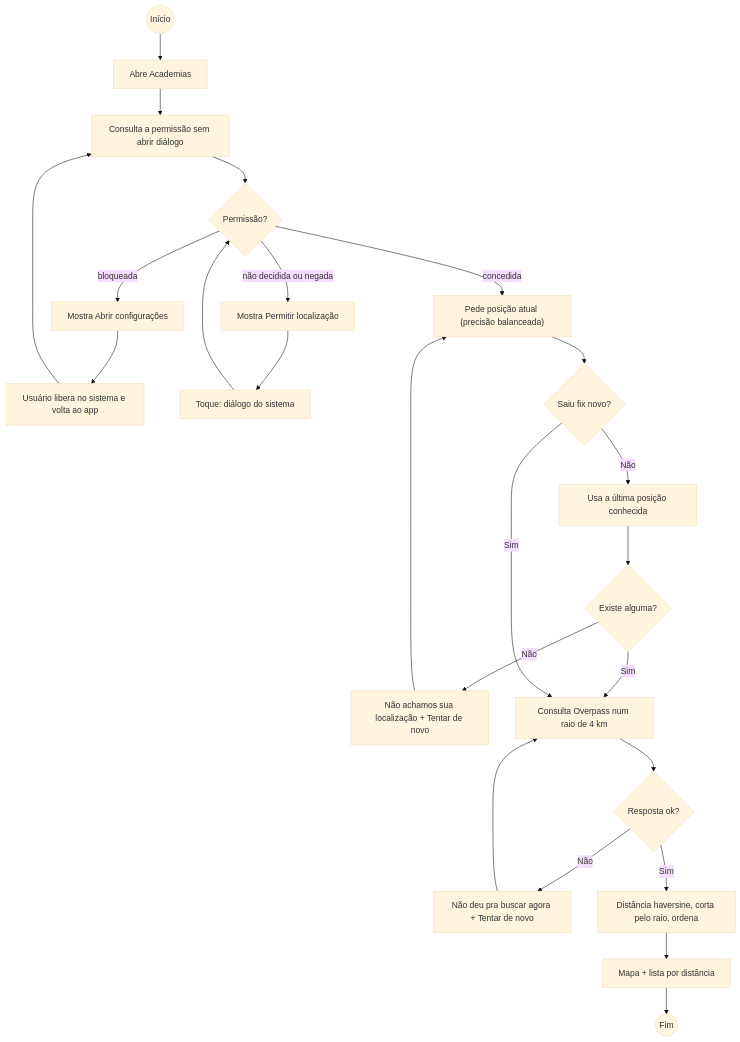
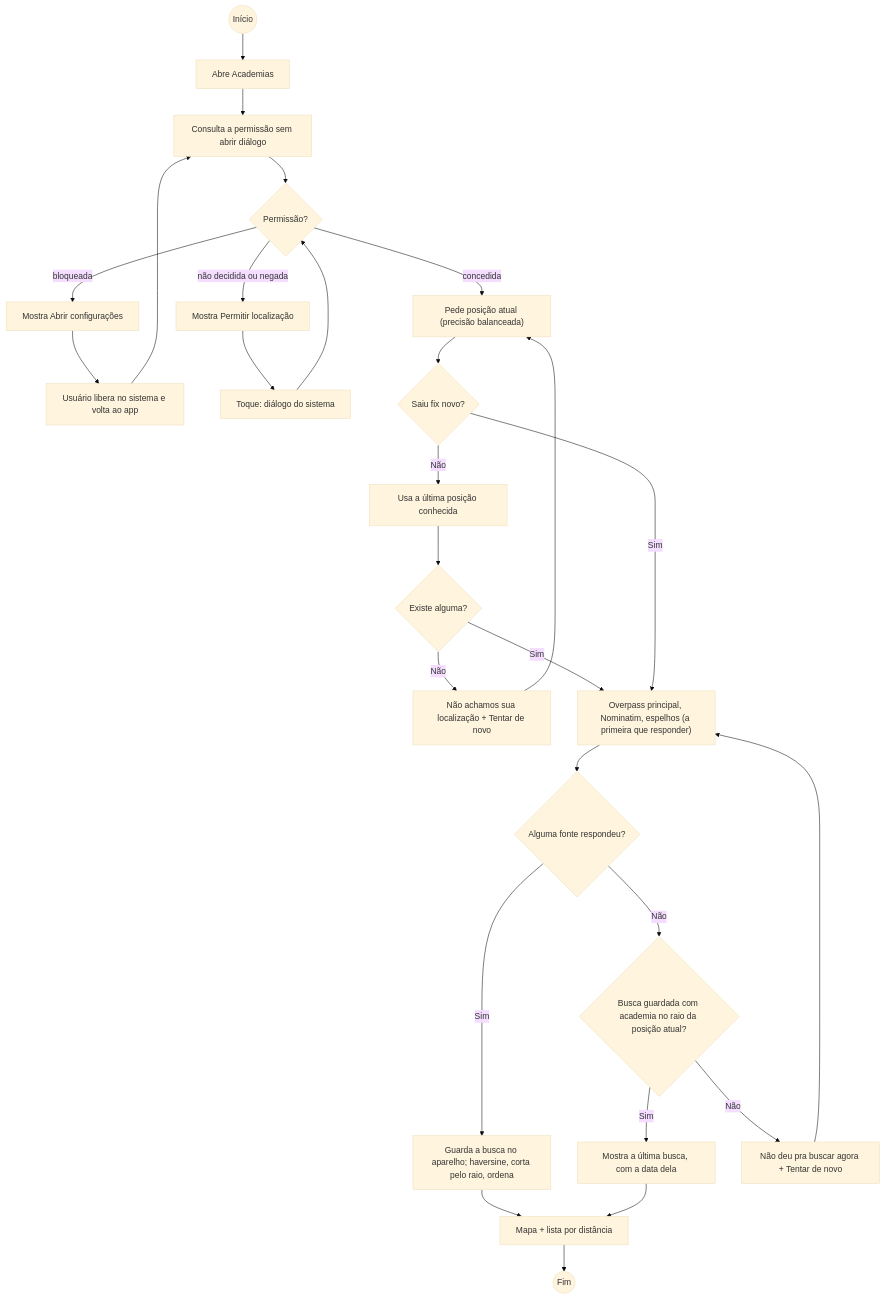
Before and after one commit to Pexiss-18/PX-Gym: the third of 6 diagrams in docs/08-atividades.md, drawn with Mermaid (base theme). The commit also changed other lines of this file and 20 other files, not shown here.

````diff
--- a/docs/08-atividades.md
+++ b/docs/08-atividades.md
@@ -66,26 +74,29 @@
 ```mermaid
 flowchart TD
     Start((Início)) --> A1["Abre Academias"]
     A1 --> A2["Consulta a permissão sem abrir diálogo"]
     A2 --> D1{"Permissão?"}
     D1 -- bloqueada --> A3["Mostra Abrir configurações"]
     A3 --> A4["Usuário libera no sistema e volta ao app"]
     A4 --> A2
     D1 -- não decidida ou negada --> A5["Mostra Permitir localização"]
     A5 --> A6["Toque: diálogo do sistema"]
     A6 --> D1
     D1 -- concedida --> A7["Pede posição atual (precisão balanceada)"]
     A7 --> D2{"Saiu fix novo?"}
     D2 -- Não --> A8["Usa a última posição conhecida"]
     A8 --> D3{"Existe alguma?"}
     D3 -- Não --> E1["Não achamos sua localização + Tentar de novo"]
     E1 --> A7
     D3 -- Sim --> A9
-    D2 -- Sim --> A9["Consulta Overpass num raio de 4 km"]
-    A9 --> D4{"Resposta ok?"}
-    D4 -- Não --> E2["Não deu pra buscar agora + Tentar de novo"]
+    D2 -- Sim --> A9["Overpass principal, Nominatim, espelhos (a primeira que responder)"]
+    A9 --> D4{"Alguma fonte respondeu?"}
+    D4 -- Sim --> A10["Guarda a busca no aparelho; haversine, corta pelo raio, ordena"]
+    D4 -- Não --> D5{"Busca guardada com academia no raio da posição atual?"}
+    D5 -- Sim --> A12["Mostra a última busca, com a data dela"]
+    D5 -- Não --> E2["Não deu pra buscar agora + Tentar de novo"]
     E2 --> A9
-    D4 -- Sim --> A10["Distância haversine, corta pelo raio, ordena"]
     A10 --> A11["Mapa + lista por distância"]
+    A12 --> A11
     A11 --> End((Fim))
 ```
````
